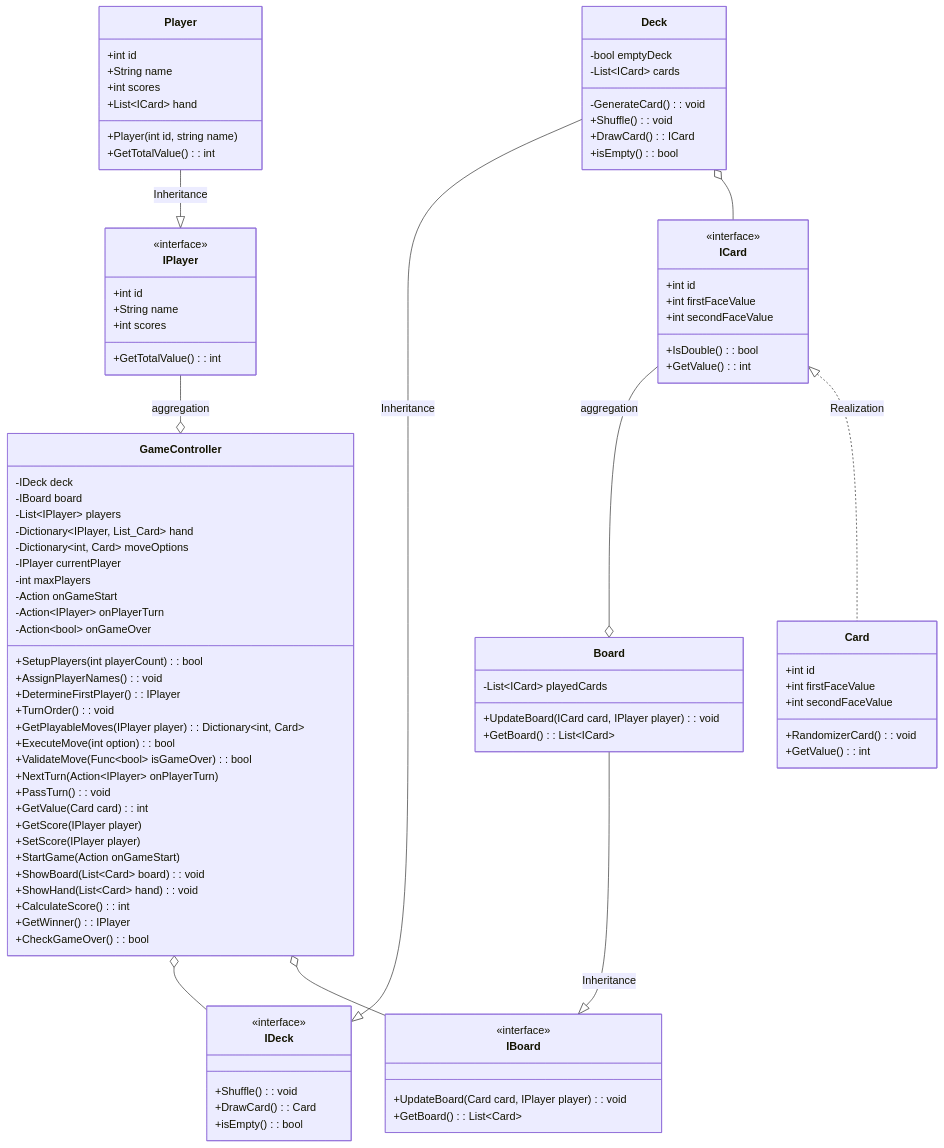
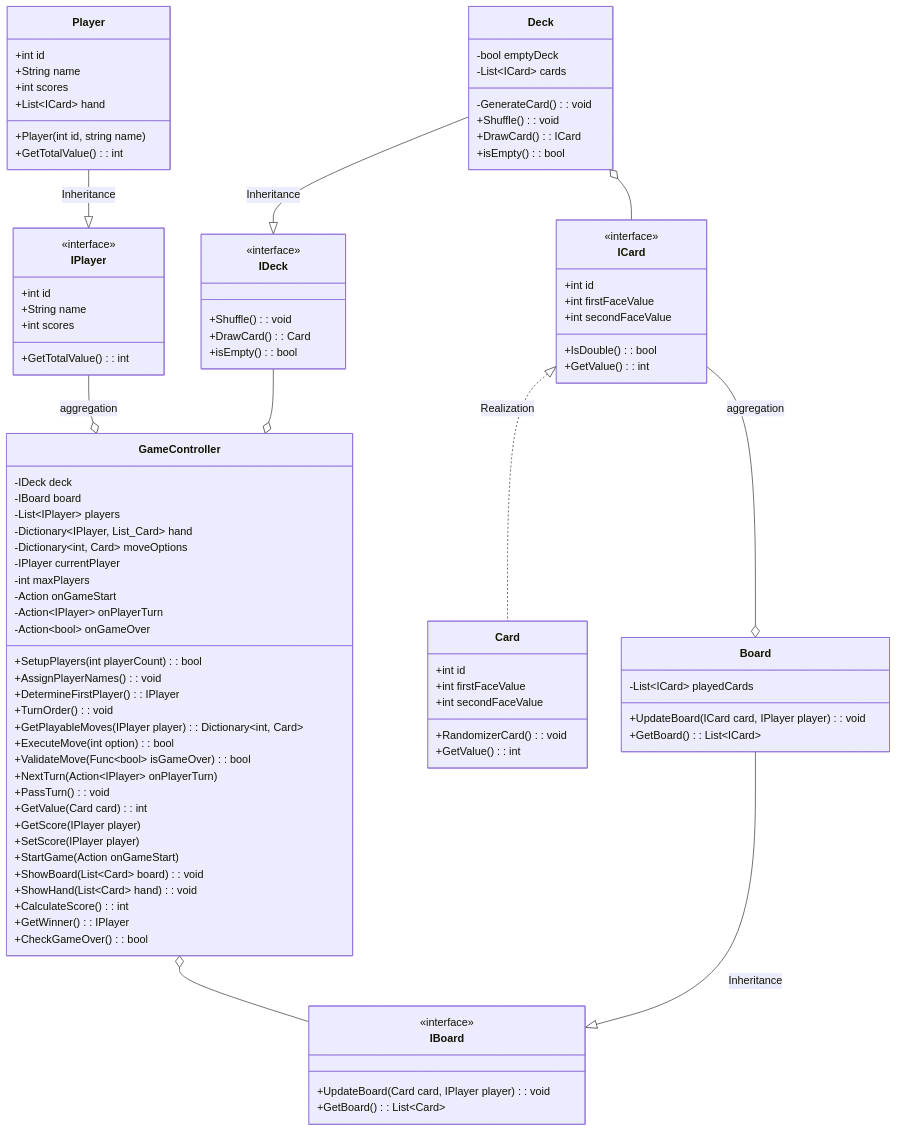
The diagram in Day6/DiagramClassProject/Domino.mmd (RavenFajar/bootCamp13), drawn with Mermaid before and after one commit.

Commit message:
Domino Update4

```diff
--- a/Day6/DiagramClassProject/Domino.mmd
+++ b/Day6/DiagramClassProject/Domino.mmd
@@ -1,95 +1,95 @@
 classDiagram
 class IPlayer{
     <<interface>>
     +int id
     +String name
     +int scores
     +GetTotalValue() : int
 }
 class Player{
     +int id
     +String name
     +int scores
     +List~ICard~ hand
     +Player(int id, string name)
     +GetTotalValue() : int
 }
 class ICard{
     <<interface>>
     +int id
     +int firstFaceValue
     +int secondFaceValue 
     +IsDouble() : bool
     +GetValue() : int
 }
 class IDeck{
     <<interface>>
     +Shuffle() : void
     +DrawCard() : Card
     +isEmpty() : bool
 }
 class IBoard{
     <<interface>>
     +UpdateBoard(Card card, IPlayer player) : void
     +GetBoard() : List~Card~
    
 }
 class Deck{
     -bool emptyDeck
     -GenerateCard() : void
     -List~ICard~ cards
     +Shuffle() : void
     +DrawCard() : ICard
     +isEmpty() : bool
 }
 class Board{
     -List~ICard~ playedCards
     +UpdateBoard(ICard card, IPlayer player) : void
     +GetBoard() : List~ICard~
 }
 class Card{
     +int id
     +int firstFaceValue
     +int secondFaceValue   
     +RandomizerCard() : void
     +GetValue() : int
 }
 class GameController{
     -IDeck deck
     -IBoard board
     -List~IPlayer~ players
     -Dictionary~IPlayer, List_Card~ hand
     -Dictionary~int, Card~ moveOptions
     -IPlayer currentPlayer
     -int maxPlayers
     -Action onGameStart
     -Action~IPlayer~ onPlayerTurn
     -Action~bool~ onGameOver
     +SetupPlayers(int playerCount) : bool
     +AssignPlayerNames() : void
     +DetermineFirstPlayer() : IPlayer
     +TurnOrder() : void
     +GetPlayableMoves(IPlayer player) : Dictionary~int, Card~
     +ExecuteMove(int option) : bool
     +ValidateMove(Func~bool~ isGameOver) : bool
     +NextTurn(Action~IPlayer~ onPlayerTurn)
     +PassTurn() : void
     +GetValue(Card card) : int
     +GetScore(IPlayer player)
     +SetScore(IPlayer player)
     +StartGame(Action onGameStart)
     +ShowBoard(List~Card~ board) : void
     +ShowHand(List~Card~ hand) : void
     +CalculateScore() : int
     +GetWinner() : IPlayer
     +CheckGameOver() : bool
 }
 IPlayer --o GameController : aggregation
-GameController o-- IDeck
+IDeck --o GameController
 GameController o-- IBoard
 Deck --|> IDeck : Inheritance
 Board --|> IBoard : Inheritance
 Player --|> IPlayer : Inheritance
 Deck o-- ICard
 ICard --o Board : aggregation
 ICard <|.. Card : Realization
```
